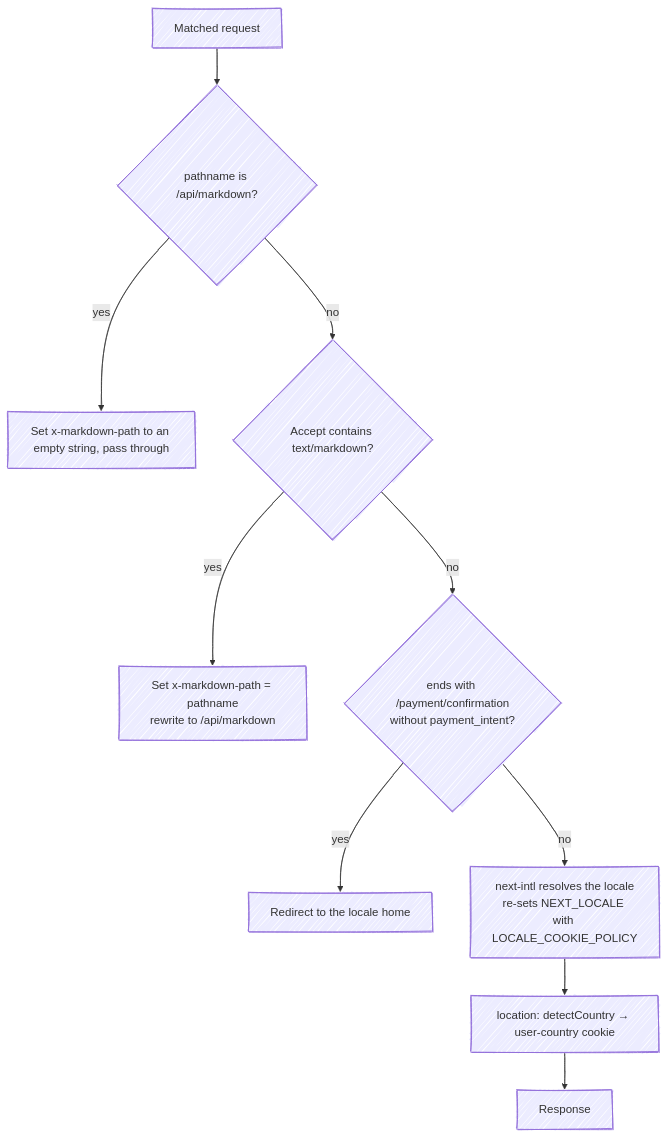
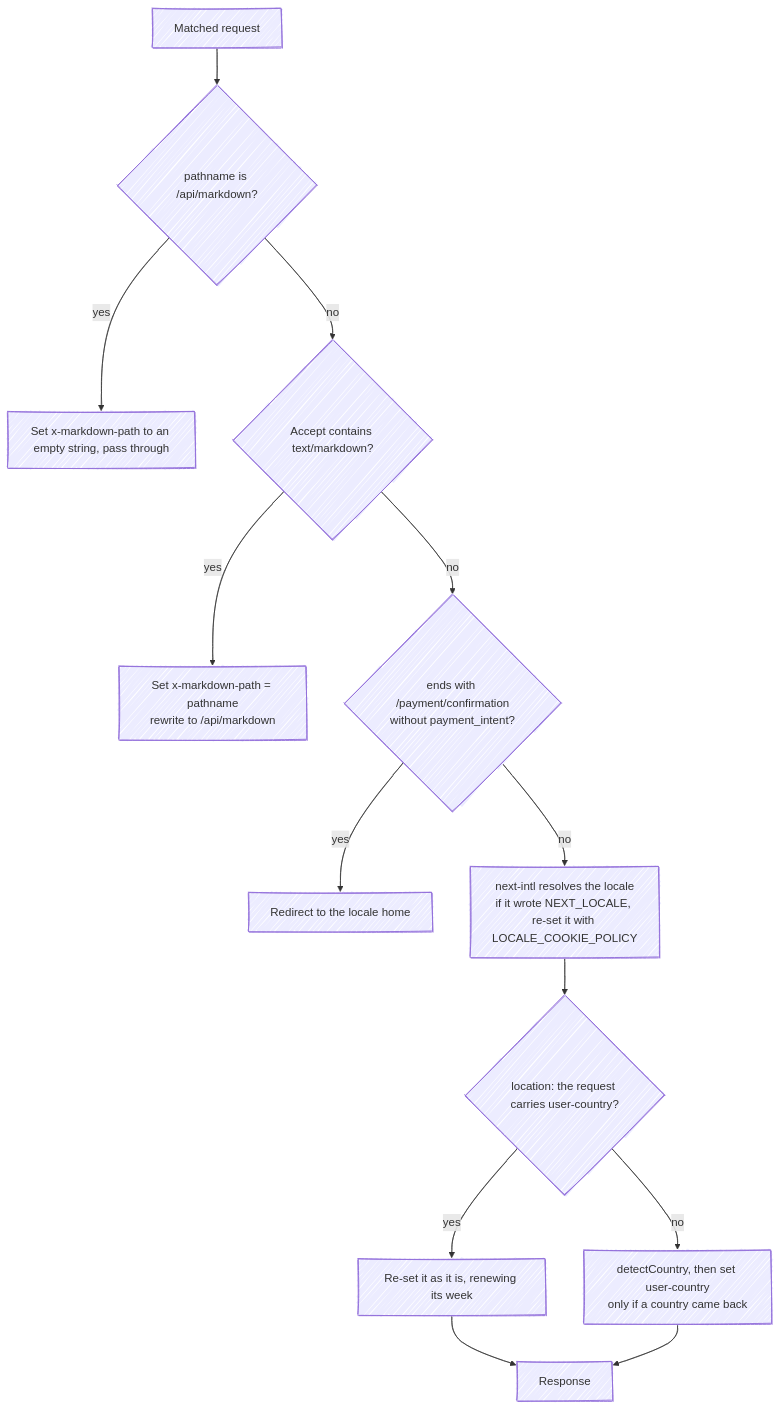
Before and after one commit to fbuireu/forever-pto: the diagram in apps/docs/src/content/docs/architecture/proxy.mdx, drawn with Mermaid. The commit also changed other lines of this file and 21 other files, not shown here.

````diff
--- a/apps/docs/src/content/docs/architecture/proxy.mdx
+++ b/apps/docs/src/content/docs/architecture/proxy.mdx
@@ -24,17 +24,19 @@
 ```mermaid
 ---
 config:
   look: handDrawn
   layout: dagre
 ---
 flowchart TD
-  IN[Matched request] --> D1{pathname is /api/markdown?}
+  IN[Matched request] --> D1{"pathname is /api/markdown?"}
   D1 -- yes --> H1["Set x-markdown-path to an empty string, pass through"]
-  D1 -- no --> D2{Accept contains text/markdown?}
-  D2 -- yes --> H2[Set x-markdown-path = pathname<br/>rewrite to /api/markdown]
-  D2 -- no --> D3{ends with /payment/confirmation<br/>without payment_intent?}
+  D1 -- no --> D2{"Accept contains text/markdown?"}
+  D2 -- yes --> H2["Set x-markdown-path = pathname<br/>rewrite to /api/markdown"]
+  D2 -- no --> D3{"ends with /payment/confirmation<br/>without payment_intent?"}
   D3 -- yes --> H3[Redirect to the locale home]
-  D3 -- no --> I18N[next-intl resolves the locale<br/>re-sets NEXT_LOCALE with LOCALE_COOKIE_POLICY]
-  I18N --> GEO[location: detectCountry → user-country cookie]
-  GEO --> OUT[Response]
+  D3 -- no --> I18N["next-intl resolves the locale<br/>if it wrote NEXT_LOCALE, re-set it with LOCALE_COOKIE_POLICY"]
+  I18N --> GEO{"location: the request carries user-country?"}
+  GEO -- yes --> RS["Re-set it as it is, renewing its week"]
+  GEO -- no --> DET["detectCountry, then set user-country<br/>only if a country came back"]
+  RS & DET --> OUT[Response]
 ```
````
